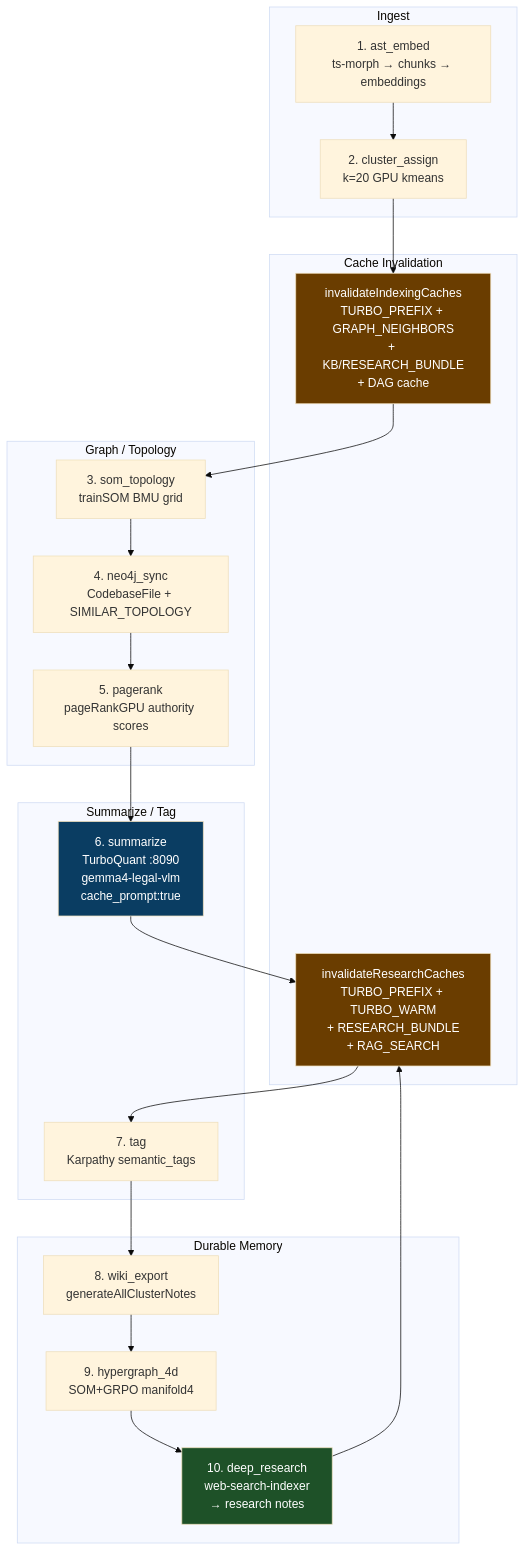
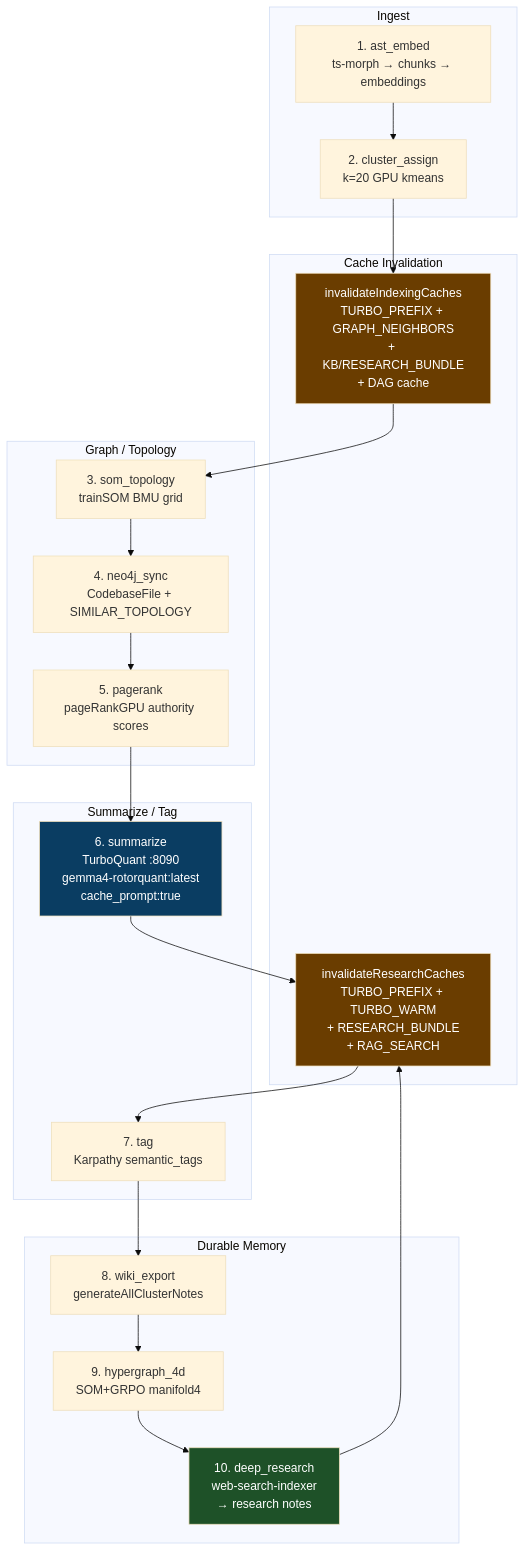
The diagram in docs/CODEBASE_INDEXING_PIPELINE.md (semaj90/deeds_web_app), drawn with Mermaid (base theme) before and after one commit. The commit also changed other lines of this file and 725 other files, not shown here.

````diff
--- a/docs/CODEBASE_INDEXING_PIPELINE.md
+++ b/docs/CODEBASE_INDEXING_PIPELINE.md
@@ -12,39 +12,39 @@
 ```mermaid
 flowchart TB
   subgraph Ingest["Ingest"]
     S1[1. ast_embed<br/>ts-morph → chunks → embeddings]
     S2[2. cluster_assign<br/>k=20 GPU kmeans]
   end
 
   subgraph Graph["Graph / Topology"]
     S3[3. som_topology<br/>trainSOM BMU grid]
     S4[4. neo4j_sync<br/>CodebaseFile + SIMILAR_TOPOLOGY]
     S5[5. pagerank<br/>pageRankGPU authority scores]
   end
 
   subgraph Summarize["Summarize / Tag"]
-    S6[6. summarize<br/>TurboQuant :8090<br/>gemma4-legal-vlm<br/>cache_prompt:true]
+    S6[6. summarize<br/>TurboQuant :8090<br/>gemma4-rotorquant:latest<br/>cache_prompt:true]
     S7[7. tag<br/>Karpathy semantic_tags]
   end
 
   subgraph Wiki["Durable Memory"]
     S8[8. wiki_export<br/>generateAllClusterNotes]
     S9[9. hypergraph_4d<br/>SOM+GRPO manifold4]
     S10[10. deep_research<br/>web-search-indexer<br/>→ research notes]
   end
 
   subgraph Cache["Cache Invalidation"]
     C1[invalidateIndexingCaches<br/>TURBO_PREFIX + GRAPH_NEIGHBORS<br/>+ KB/RESEARCH_BUNDLE<br/>+ DAG cache]
     C2[invalidateResearchCaches<br/>TURBO_PREFIX + TURBO_WARM<br/>+ RESEARCH_BUNDLE<br/>+ RAG_SEARCH]
   end
 
   S1 --> S2 --> C1
   C1 --> S3 --> S4 --> S5
   S5 --> S6 --> C2
   C2 --> S7 --> S8 --> S9 --> S10 --> C2
 
   style S6 fill:#0a3d62,color:#fff
   style C1 fill:#6a3d00,color:#fff
   style C2 fill:#6a3d00,color:#fff
   style S10 fill:#1e5128,color:#fff
 ```
````
